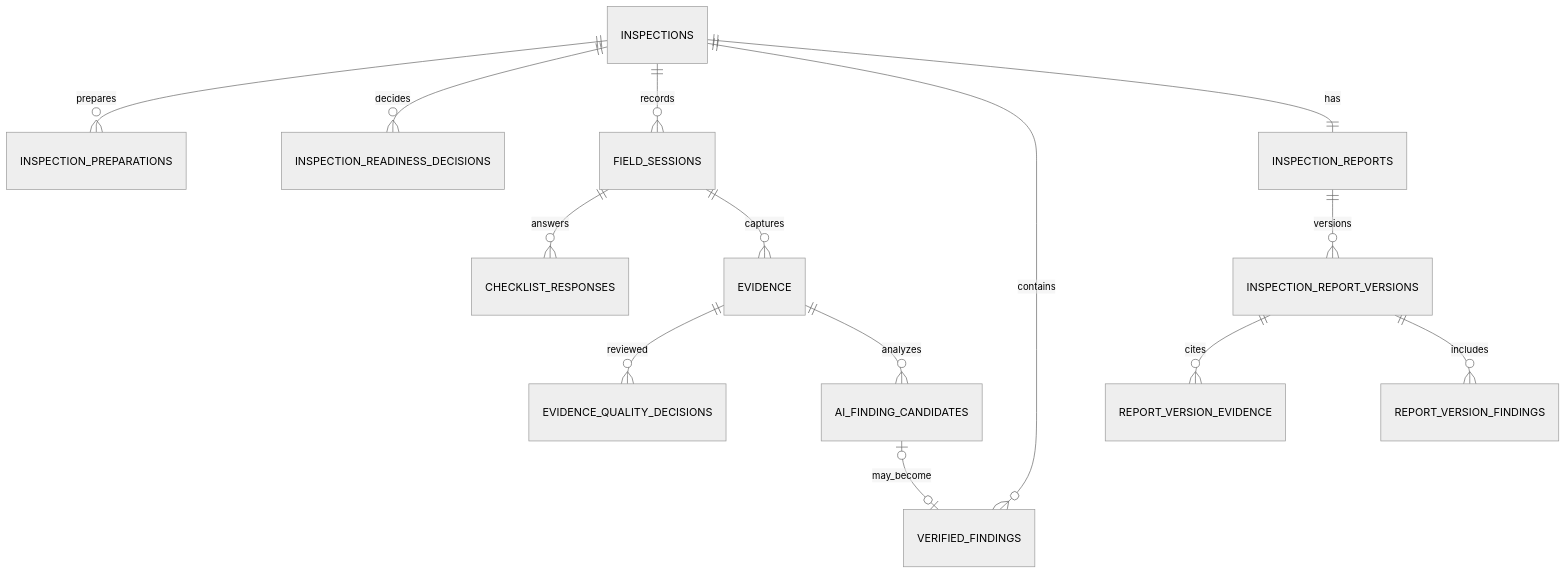
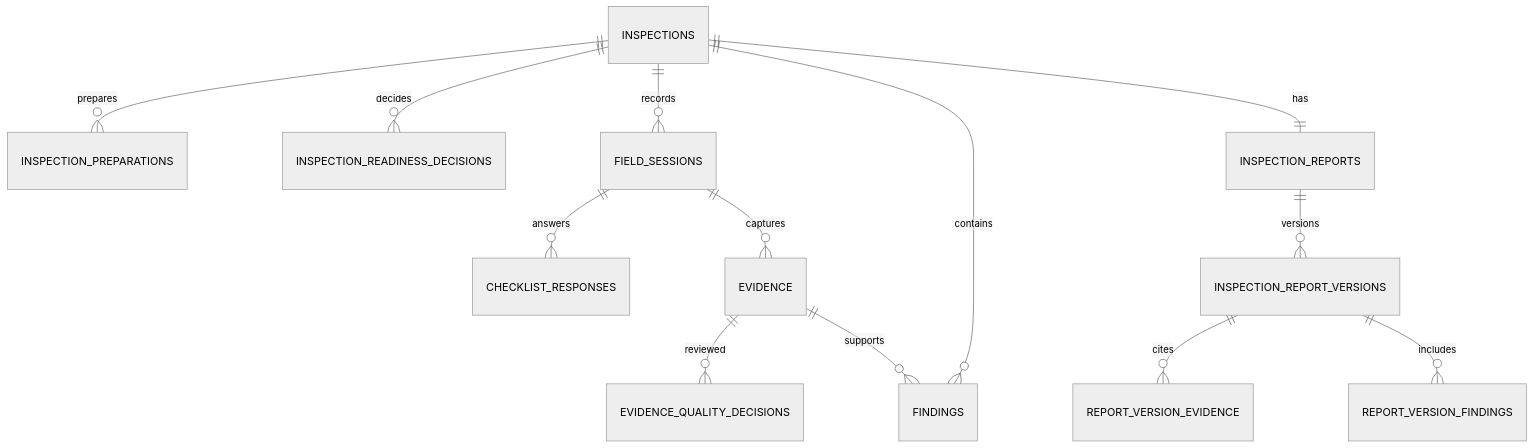
The second of 3 diagrams in project-reference/database-design.md (tungbach12/SmartDroneInspection-Docs), drawn with Mermaid (neutral theme) before and after one commit. The commit also changed other lines of this file and 14 other files, not shown here.

````diff
--- a/project-reference/database-design.md
+++ b/project-reference/database-design.md
@@ -134,16 +134,15 @@
 ```mermaid
 erDiagram
     INSPECTIONS ||--o{ INSPECTION_PREPARATIONS : prepares
     INSPECTIONS ||--o{ INSPECTION_READINESS_DECISIONS : decides
     INSPECTIONS ||--o{ FIELD_SESSIONS : records
     FIELD_SESSIONS ||--o{ CHECKLIST_RESPONSES : answers
     FIELD_SESSIONS ||--o{ EVIDENCE : captures
     EVIDENCE ||--o{ EVIDENCE_QUALITY_DECISIONS : reviewed
-    EVIDENCE ||--o{ AI_FINDING_CANDIDATES : analyzes
-    INSPECTIONS ||--o{ VERIFIED_FINDINGS : contains
-    AI_FINDING_CANDIDATES o|--o| VERIFIED_FINDINGS : may_become
+    EVIDENCE ||--o{ FINDINGS : supports
+    INSPECTIONS ||--o{ FINDINGS : contains
     INSPECTIONS ||--|| INSPECTION_REPORTS : has
     INSPECTION_REPORTS ||--o{ INSPECTION_REPORT_VERSIONS : versions
     INSPECTION_REPORT_VERSIONS ||--o{ REPORT_VERSION_EVIDENCE : cites
     INSPECTION_REPORT_VERSIONS ||--o{ REPORT_VERSION_FINDINGS : includes
 ```
````
